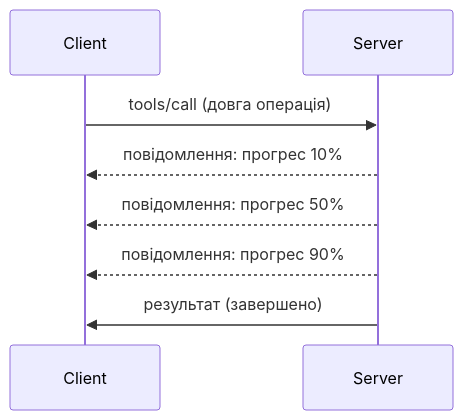
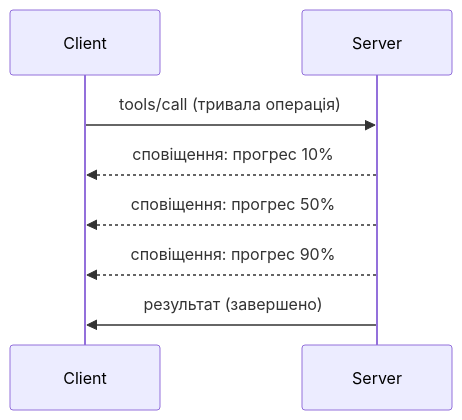
The diagram in mcp_ecosystem__model_context_protocol/mcp_learning_resources/mcp-for-beginners/translations/uk/05-AdvancedTopics/mcp-protocol-features/README.md (HIDORAKAI002/ai-workspace-archive), drawn with Mermaid before and after one commit. The commit also changed other lines of this file and 1046 other files, not shown here.

````diff
--- a/mcp_ecosystem__model_context_protocol/mcp_learning_resources/mcp-for-beginners/translations/uk/05-AdvancedTopics/mcp-protocol-features/README.md
+++ b/mcp_ecosystem__model_context_protocol/mcp_learning_resources/mcp-for-beginners/translations/uk/05-AdvancedTopics/mcp-protocol-features/README.md
@@ -22,11 +24,11 @@
 ```mermaid
 sequenceDiagram
     participant Client
     participant Server
     
-    Client->>Server: tools/call (довга операція)
-    Server-->>Client: повідомлення: прогрес 10%
-    Server-->>Client: повідомлення: прогрес 50%
-    Server-->>Client: повідомлення: прогрес 90%
+    Client->>Server: tools/call (тривала операція)
+    Server-->>Client: сповіщення: прогрес 10%
+    Server-->>Client: сповіщення: прогрес 50%
+    Server-->>Client: сповіщення: прогрес 90%
     Server->>Client: результат (завершено)
-```  
+```
````
